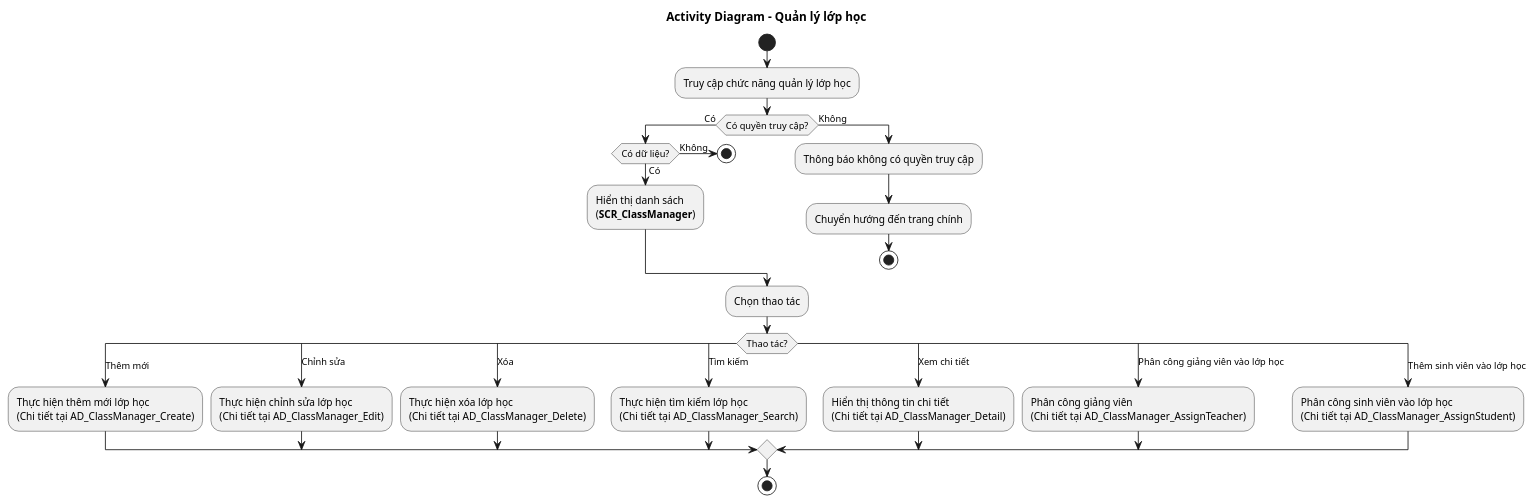
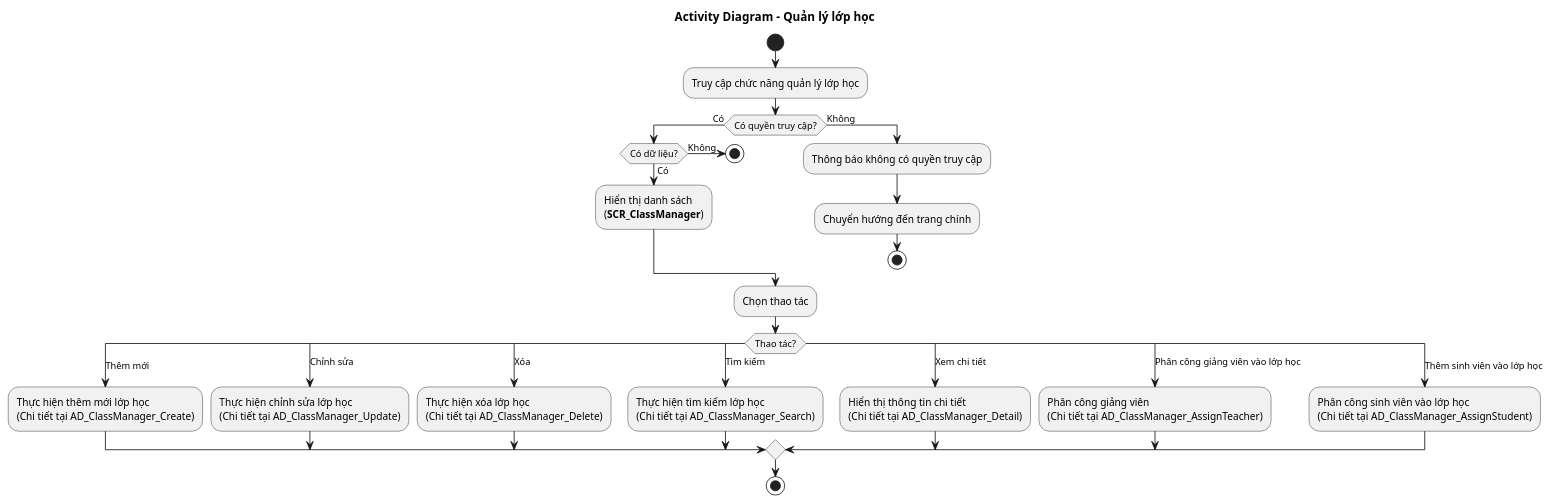
One commit to alvinnguyen9820-prog/TestPUML changed the diagram in 4.usecases/ClassManager/AD_ClassManager.puml. Above: the diagram before and after it, drawn with PlantUML. The commit also changed 2 other files, not shown here.

```diff
--- a/4.usecases/ClassManager/AD_ClassManager.puml
+++ b/4.usecases/ClassManager/AD_ClassManager.puml
@@ -1,54 +1,54 @@
 @startuml AD_ClassManager
 !pragma layout smetana
 title Activity Diagram - Quản lý lớp học
 
 start
 :Truy cập chức năng quản lý lớp học;
 
 if (Có quyền truy cập?) then (Có)
   if (Có dữ liệu?) then (Có)
     :Hiển thị danh sách\n(**SCR_ClassManager**);
   else (Không)
     stop
   endif
 else (Không)
   :Thông báo không có quyền truy cập;
   :Chuyển hướng đến trang chính;
   stop
 endif
 
 :Chọn thao tác;
 
 switch (Thao tác?)
 case (Thêm mới)
   :Thực hiện thêm mới lớp học
   (Chi tiết tại AD_ClassManager_Create);
 
 case (Chỉnh sửa)
   :Thực hiện chỉnh sửa lớp học
-  (Chi tiết tại AD_ClassManager_Edit);
+  (Chi tiết tại AD_ClassManager_Update);
 
 case (Xóa)
   :Thực hiện xóa lớp học
   (Chi tiết tại AD_ClassManager_Delete);
 
 case (Tìm kiếm)
   :Thực hiện tìm kiếm lớp học
   (Chi tiết tại AD_ClassManager_Search);
 
 case (Xem chi tiết)
   :Hiển thị thông tin chi tiết
   (Chi tiết tại AD_ClassManager_Detail);
   
 case (Phân công giảng viên vào lớp học)
   :Phân công giảng viên
   (Chi tiết tại AD_ClassManager_AssignTeacher);
   
 case (Thêm sinh viên vào lớp học)
   :Phân công sinh viên vào lớp học
   (Chi tiết tại AD_ClassManager_AssignStudent);
   
 endswitch
 stop
 
 @enduml
```
